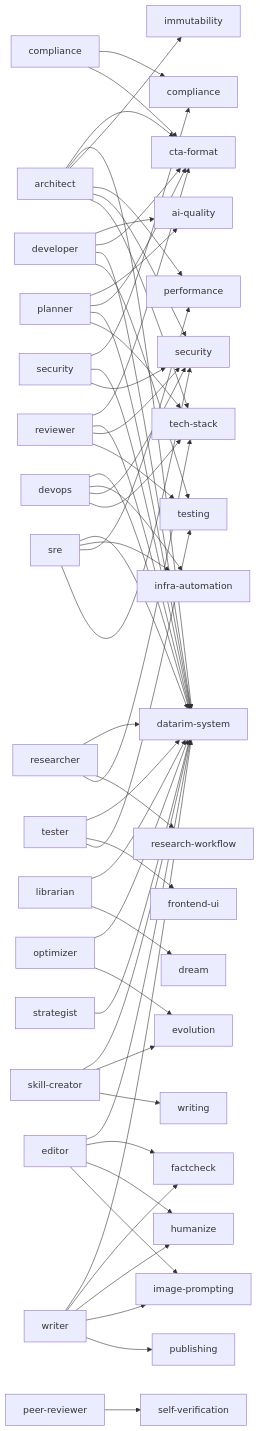
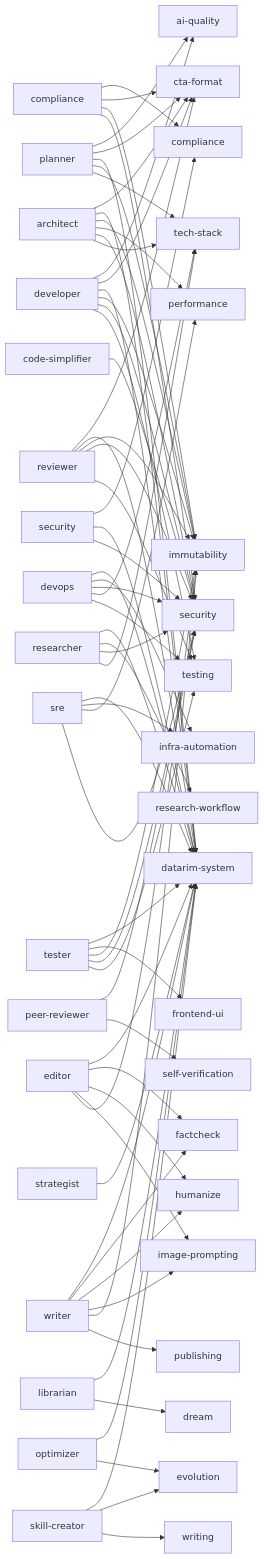
Before and after one commit to Arcanada-one/datarim: the second of 2 diagrams in skills/visual-maps/framework-architecture.md, drawn with Mermaid. The commit also changed other lines of this file and 74 other files, not shown here.

````diff
--- a/skills/visual-maps/framework-architecture.md
+++ b/skills/visual-maps/framework-architecture.md
@@ -37,58 +37,72 @@
 ```mermaid
 graph LR
     A_architect["architect"] --> S_cta_format["cta-format"]
     A_architect["architect"] --> S_datarim_system["datarim-system"]
     A_architect["architect"] --> S_immutability["immutability"]
     A_architect["architect"] --> S_performance["performance"]
     A_architect["architect"] --> S_security["security"]
     A_architect["architect"] --> S_tech_stack["tech-stack"]
+    A_code_simplifier["code-simplifier"] --> S_security["security"]
     A_compliance["compliance"] --> S_compliance["compliance"]
     A_compliance["compliance"] --> S_cta_format["cta-format"]
+    A_compliance["compliance"] --> S_immutability["immutability"]
+    A_compliance["compliance"] --> S_security["security"]
     A_developer["developer"] --> S_ai_quality["ai-quality"]
     A_developer["developer"] --> S_cta_format["cta-format"]
     A_developer["developer"] --> S_datarim_system["datarim-system"]
+    A_developer["developer"] --> S_immutability["immutability"]
+    A_developer["developer"] --> S_security["security"]
     A_developer["developer"] --> S_testing["testing"]
     A_devops["devops"] --> S_datarim_system["datarim-system"]
     A_devops["devops"] --> S_infra_automation["infra-automation"]
     A_devops["devops"] --> S_security["security"]
     A_devops["devops"] --> S_tech_stack["tech-stack"]
+    A_devops["devops"] --> S_testing["testing"]
     A_editor["editor"] --> S_datarim_system["datarim-system"]
     A_editor["editor"] --> S_factcheck["factcheck"]
     A_editor["editor"] --> S_humanize["humanize"]
     A_editor["editor"] --> S_image_prompting["image-prompting"]
+    A_editor["editor"] --> S_immutability["immutability"]
     A_librarian["librarian"] --> S_datarim_system["datarim-system"]
     A_librarian["librarian"] --> S_dream["dream"]
     A_optimizer["optimizer"] --> S_datarim_system["datarim-system"]
     A_optimizer["optimizer"] --> S_evolution["evolution"]
+    A_peer_reviewer["peer-reviewer"] --> S_security["security"]
     A_peer_reviewer["peer-reviewer"] --> S_self_verification["self-verification"]
     A_planner["planner"] --> S_ai_quality["ai-quality"]
     A_planner["planner"] --> S_cta_format["cta-format"]
     A_planner["planner"] --> S_datarim_system["datarim-system"]
+    A_planner["planner"] --> S_immutability["immutability"]
     A_planner["planner"] --> S_tech_stack["tech-stack"]
     A_researcher["researcher"] --> S_datarim_system["datarim-system"]
     A_researcher["researcher"] --> S_research_workflow["research-workflow"]
+    A_researcher["researcher"] --> S_security["security"]
     A_researcher["researcher"] --> S_tech_stack["tech-stack"]
     A_reviewer["reviewer"] --> S_cta_format["cta-format"]
     A_reviewer["reviewer"] --> S_datarim_system["datarim-system"]
+    A_reviewer["reviewer"] --> S_immutability["immutability"]
     A_reviewer["reviewer"] --> S_security["security"]
     A_reviewer["reviewer"] --> S_testing["testing"]
     A_security["security"] --> S_compliance["compliance"]
     A_security["security"] --> S_datarim_system["datarim-system"]
     A_security["security"] --> S_security["security"]
     A_skill_creator["skill-creator"] --> S_datarim_system["datarim-system"]
     A_skill_creator["skill-creator"] --> S_evolution["evolution"]
     A_skill_creator["skill-creator"] --> S_writing["writing"]
     A_sre["sre"] --> S_datarim_system["datarim-system"]
     A_sre["sre"] --> S_infra_automation["infra-automation"]
     A_sre["sre"] --> S_performance["performance"]
     A_sre["sre"] --> S_security["security"]
     A_strategist["strategist"] --> S_datarim_system["datarim-system"]
     A_tester["tester"] --> S_datarim_system["datarim-system"]
     A_tester["tester"] --> S_frontend_ui["frontend-ui"]
+    A_tester["tester"] --> S_immutability["immutability"]
+    A_tester["tester"] --> S_security["security"]
     A_tester["tester"] --> S_testing["testing"]
     A_writer["writer"] --> S_datarim_system["datarim-system"]
     A_writer["writer"] --> S_factcheck["factcheck"]
     A_writer["writer"] --> S_humanize["humanize"]
     A_writer["writer"] --> S_image_prompting["image-prompting"]
+    A_writer["writer"] --> S_immutability["immutability"]
     A_writer["writer"] --> S_publishing["publishing"]
 ```
````
